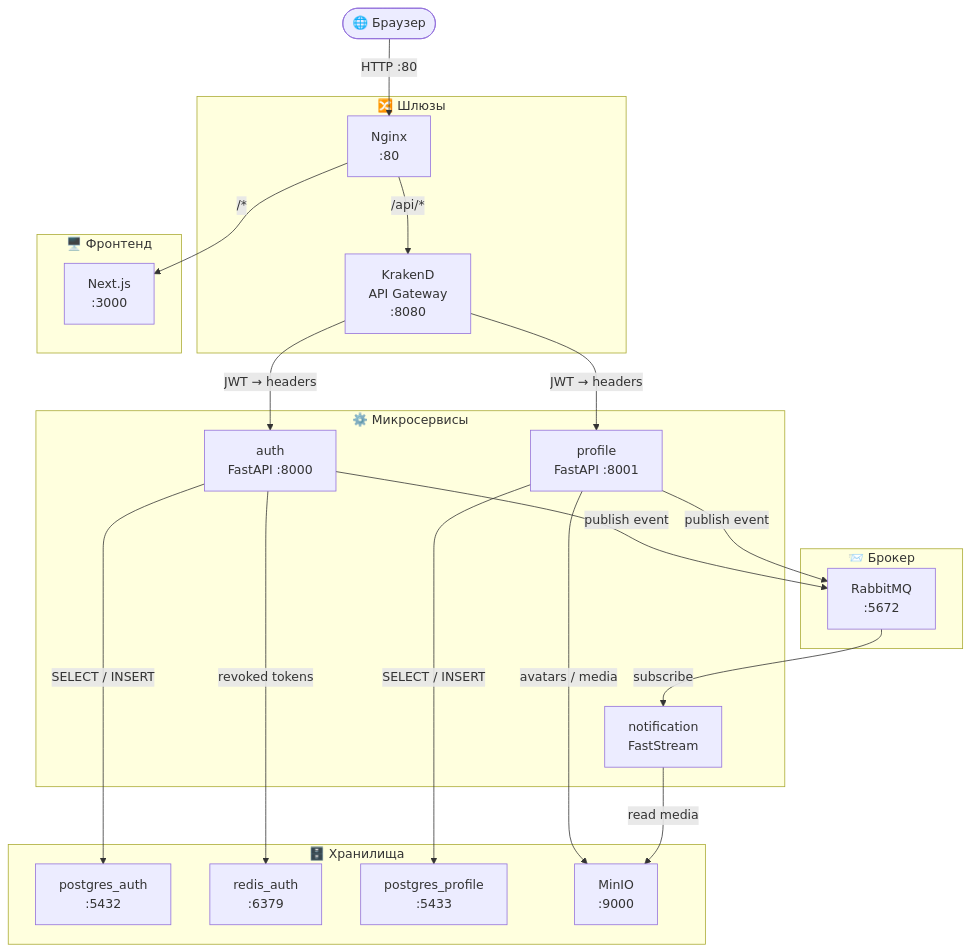
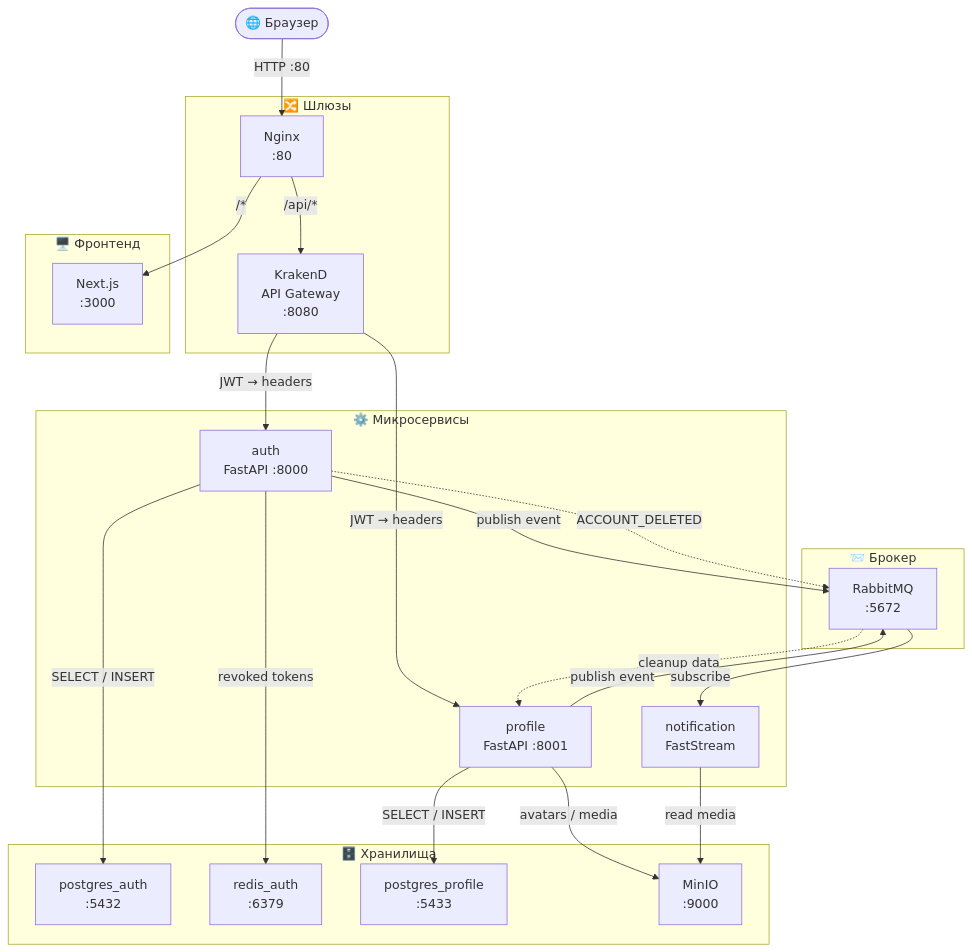
One commit to mindcoree/LoreLounge changed the first of 4 diagrams in README.md. Above: the diagram before and after it, drawn with Mermaid. The commit also changed other lines of this file, not shown here.

````diff
--- a/README.md
+++ b/README.md
@@ -39,49 +39,52 @@
 ```mermaid
 flowchart TB
     Browser(["🌐 Браузер"])
 
     Browser -->|"HTTP :80"| Nginx
 
     subgraph gateway["🔀 Шлюзы"]
         Nginx["Nginx\n:80"]
         KrakenD["KrakenD\nAPI Gateway\n:8080"]
     end
 
     subgraph frontend_layer["🖥️ Фронтенд"]
         Frontend["Next.js\n:3000"]
     end
 
     subgraph services_layer["⚙️ Микросервисы"]
         Auth["auth\nFastAPI :8000"]
         Profile["profile\nFastAPI :8001"]
         Notification["notification\nFastStream"]
     end
 
     subgraph storage_layer["🗄️ Хранилища"]
         PGAuth["postgres_auth\n:5432"]
         RedisAuth["redis_auth\n:6379"]
         PGProfile["postgres_profile\n:5433"]
         MinIO["MinIO\n:9000"]
     end
 
     subgraph broker_layer["📨 Брокер"]
         RabbitMQ["RabbitMQ\n:5672"]
     end
 
     Nginx -->|"/*"| Frontend
     Nginx -->|"/api/*"| KrakenD
 
     KrakenD -->|"JWT → headers"| Auth
     KrakenD -->|"JWT → headers"| Profile
 
     Auth -->|"SELECT / INSERT"| PGAuth
     Auth -->|"revoked tokens"| RedisAuth
     Auth -->|"publish event"| RabbitMQ
 
     Profile -->|"SELECT / INSERT"| PGProfile
     Profile -->|"avatars / media"| MinIO
     Profile -->|"publish event"| RabbitMQ
 
+    Auth -.->|"ACCOUNT_DELETED"| RabbitMQ
+    RabbitMQ -.->|"cleanup data"| Profile
+
     RabbitMQ -->|"subscribe"| Notification
     Notification -->|"read media"| MinIO
 ```
````
